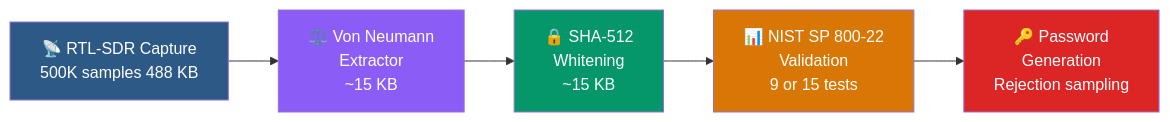
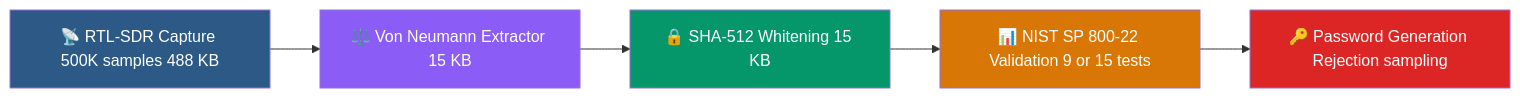
Before and after one commit to Sherub1/RadioNoise: the first of 2 diagrams in docs/entropy-pipeline.md, drawn with Mermaid.

Commit message:
Remove line breaks from pipeline diagram labels

````diff
--- a/docs/entropy-pipeline.md
+++ b/docs/entropy-pipeline.md
@@ -7,13 +7,13 @@
 ```mermaid
 flowchart LR
-    A["📡 RTL-SDR Capture\n500K samples 488 KB"] --> B["⚖️ Von Neumann\nExtractor\n~15 KB"]
-    B --> C["🔒 SHA-512\nWhitening\n~15 KB"]
-    C --> D["📊 NIST SP 800-22\nValidation\n9 or 15 tests"]
-    D --> E["🔑 Password\nGeneration\nRejection sampling"]
+    A["📡 RTL-SDR Capture 500K samples 488 KB"] --> B["⚖️ Von Neumann Extractor 15 KB"]
+    B --> C["🔒 SHA-512 Whitening 15 KB"]
+    C --> D["📊 NIST SP 800-22 Validation 9 or 15 tests"]
+    D --> E["🔑 Password Generation Rejection sampling"]
 
     style A fill:#2d5986,color:#fff
     style B fill:#8b5cf6,color:#fff
     style C fill:#059669,color:#fff
     style D fill:#d97706,color:#fff
     style E fill:#dc2626,color:#fff
 ```
````
